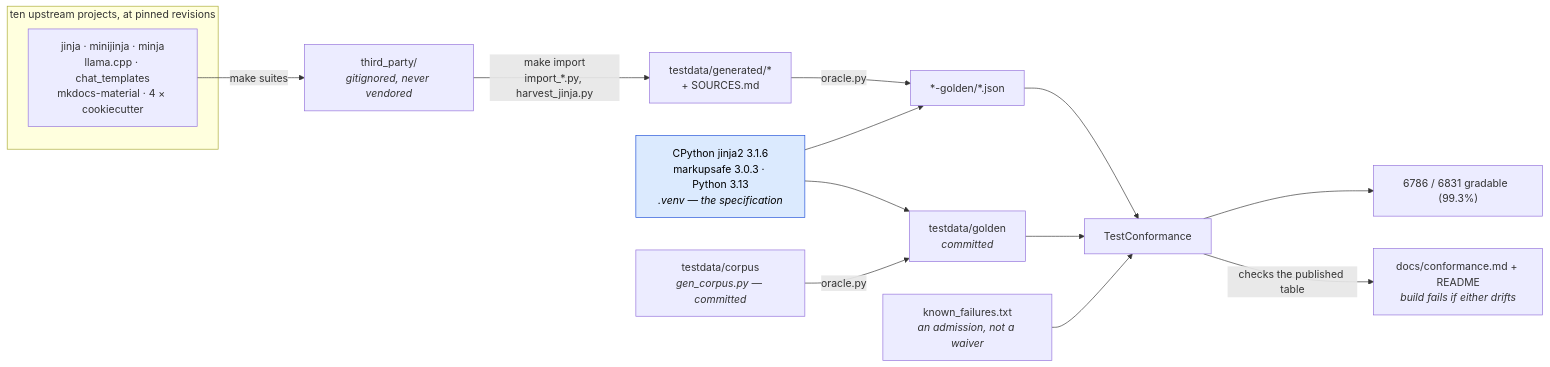
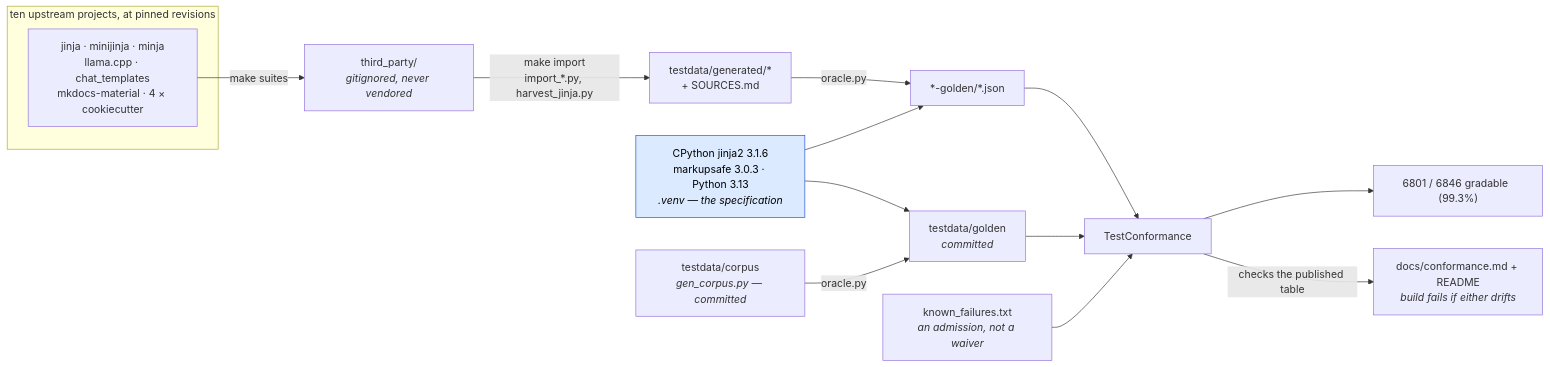
One commit to mgilbir/gojja2 changed the first of 2 diagrams in docs/conformance.md. Above: the diagram before and after it, drawn with Mermaid. The commit also changed other lines of this file and 42 other files, not shown here.

````diff
--- a/docs/conformance.md
+++ b/docs/conformance.md
@@ -17,24 +17,24 @@
 ```mermaid
 flowchart LR
     subgraph up["ten upstream projects, at pinned revisions"]
         U1["jinja · minijinja · minja<br/>llama.cpp · chat_templates<br/>mkdocs-material · 4 × cookiecutter"]
     end
     U1 -->|"make suites"| TP["third_party/<br/><i>gitignored, never vendored</i>"]
     TP -->|"make import<br/>import_*.py, harvest_jinja.py"| GEN["testdata/generated/*<br/>+ SOURCES.md"]
 
     ORA["CPython jinja2 3.1.6<br/>markupsafe 3.0.3 · Python 3.13<br/><i>.venv — the specification</i>"]
     GEN -->|"oracle.py"| G2["*-golden/*.json"]
     ORA --> G2
 
     OWN["testdata/corpus<br/><i>gen_corpus.py — committed</i>"] -->|"oracle.py"| G1["testdata/golden<br/><i>committed</i>"]
     ORA --> G1
 
     G1 --> TC["TestConformance"]
     G2 --> TC
     KF["known_failures.txt<br/><i>an admission, not a waiver</i>"] --> TC
-    TC --> RATE["6786 / 6831 gradable  (99.3%)"]
+    TC --> RATE["6801 / 6846 gradable  (99.3%)"]
     TC -->|"checks the published table"| RM["docs/conformance.md + README<br/><i>build fails if either drifts</i>"]
 
     classDef spec fill:#dbeafe,stroke:#1d4ed8,color:#000
     class ORA spec
 ```
````
